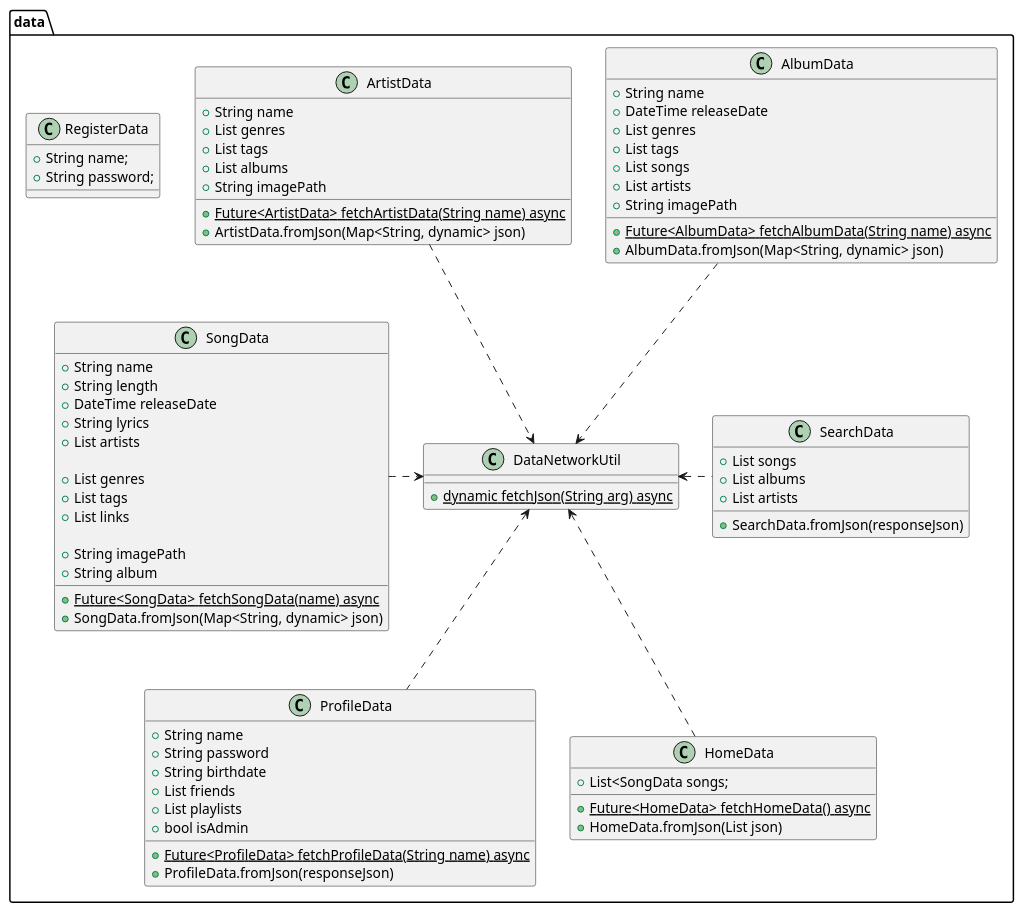
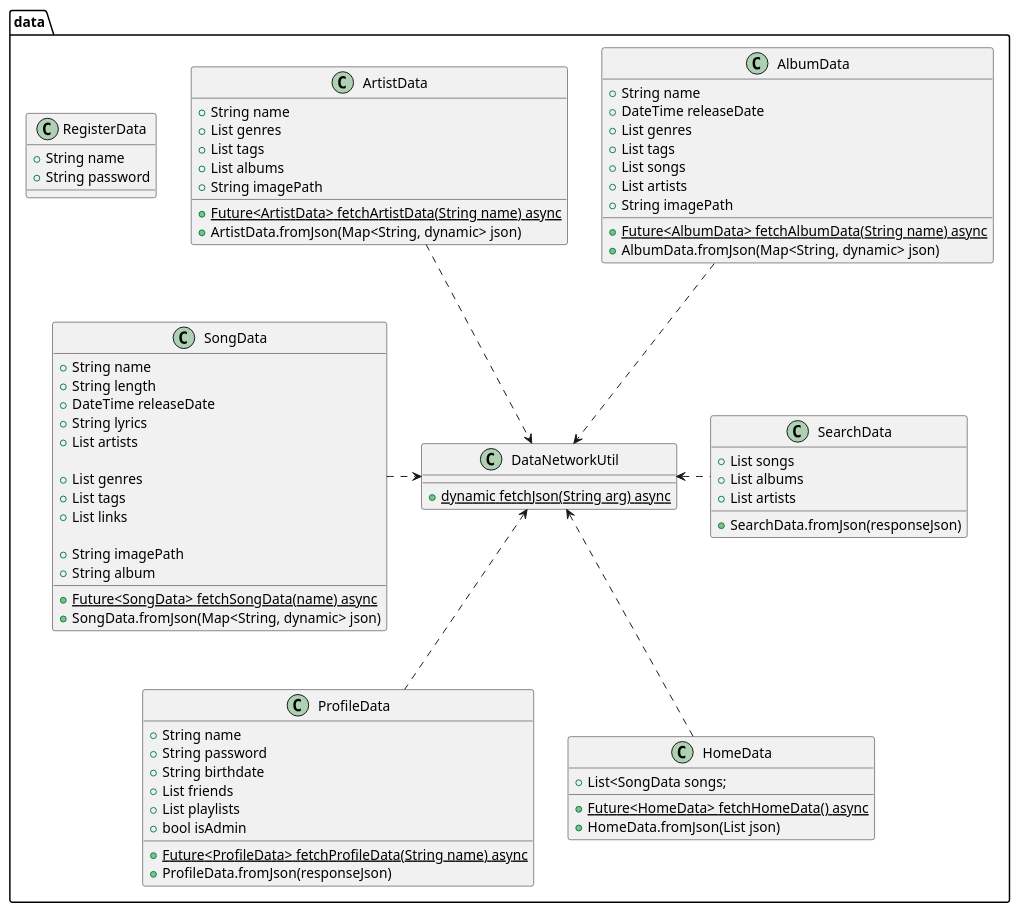
One commit to Mashnak/DCAppProject changed the diagram in Documentation/swad/baustein_app_data.wsd. Above: the diagram before and after it, drawn with PlantUML. The commit also changed 19 other files, not shown here.

Commit message:
- Added diagrams for app data, views and widgets. - Added diagrams for use cases show song, album, artist, profile - Added diagrams for add tag, search, play song

```diff
--- a/Documentation/swad/baustein_app_data.wsd
+++ b/Documentation/swad/baustein_app_data.wsd
@@ -1,95 +1,95 @@
 @startuml baustein_app_data
 
 package data {
   class SongData {
     {static}+Future<SongData> fetchSongData(name) async
 
     +String name
     +String length
     +DateTime releaseDate
     +String lyrics
     +List artists
 
     +List genres
     +List tags
     +List links
 
     +String imagePath
     +String album
 
     +SongData.fromJson(Map<String, dynamic> json)
   }
 
   class AlbumData {
     {static}+Future<AlbumData> fetchAlbumData(String name) async
 
     +String name
     +DateTime releaseDate
     +List genres
     +List tags
     +List songs
     +List artists
     +String imagePath
 
     +AlbumData.fromJson(Map<String, dynamic> json)
   }
 
   class ArtistData {
     {static}+Future<ArtistData> fetchArtistData(String name) async
 
     +String name
     +List genres
     +List tags
     +List albums
     +String imagePath
 
     +ArtistData.fromJson(Map<String, dynamic> json)
   }
 
   class ProfileData {
     {static}+Future<ProfileData> fetchProfileData(String name) async
 
     +String name
     +String password
     +String birthdate
     +List friends
     +List playlists
     +bool isAdmin
 
     +ProfileData.fromJson(responseJson)
   }
 
   class HomeData {
     {static}+Future<HomeData> fetchHomeData() async
 
     +List<SongData songs;
 
     +HomeData.fromJson(List json)
   }
 
   class SearchData {
     +List songs
     +List albums
     +List artists
 
     +SearchData.fromJson(responseJson)
   }
 
   class RegisterData {
-    +String name;
-    +String password;
+    +String name
+    +String password
   }
 
   class DataNetworkUtil {
     {static}+dynamic fetchJson(String arg) async
   }
 
   SongData .right.> DataNetworkUtil
   AlbumData .down.> DataNetworkUtil
   ArtistData .down.> DataNetworkUtil
   ProfileData .up.> DataNetworkUtil
   HomeData .up.> DataNetworkUtil
   SearchData .left.> DataNetworkUtil
 }
 
 @enduml
```
